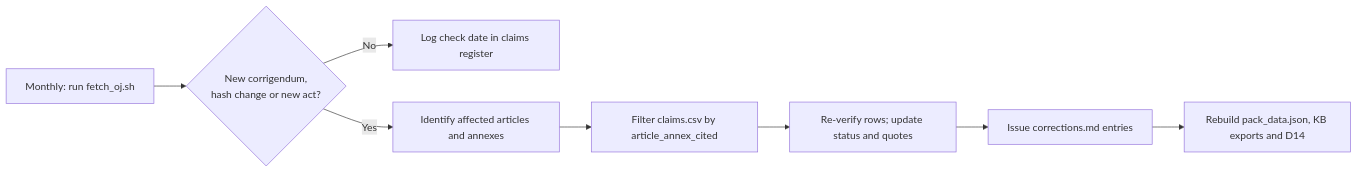
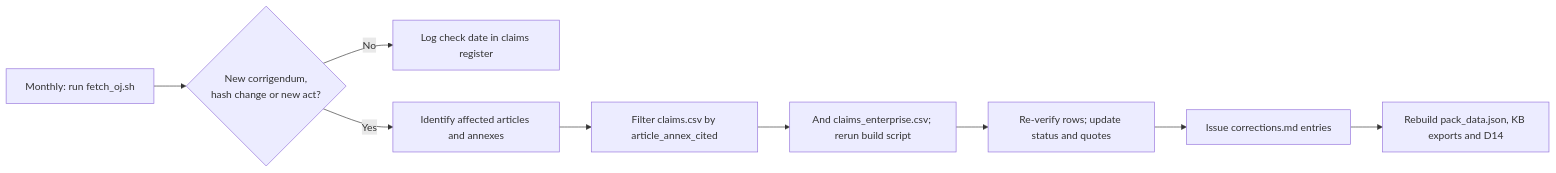
One commit to smerphy/CRA-Consulting-Pack changed the diagram in pack/enterprise/oj-verification/paper.md. Above: the diagram before and after it, drawn with Mermaid. The commit also changed other lines of this file and 59 other files, not shown here.

````diff
--- a/pack/enterprise/oj-verification/paper.md
+++ b/pack/enterprise/oj-verification/paper.md
@@ -132,10 +187,11 @@
 ```mermaid
 flowchart LR
   A[Monthly: run fetch_oj.sh] --> B{New corrigendum,<br/>hash change or new act?}
   B -- No --> C[Log check date in claims register]
   B -- Yes --> D[Identify affected articles and annexes]
   D --> E[Filter claims.csv by article_annex_cited]
-  E --> F[Re-verify rows; update status and quotes]
+  E --> E2[And claims_enterprise.csv; rerun build script]
+  E2 --> F[Re-verify rows; update status and quotes]
   F --> G[Issue corrections.md entries]
   G --> H[Rebuild pack_data.json, KB exports and D14]
 ```
````
